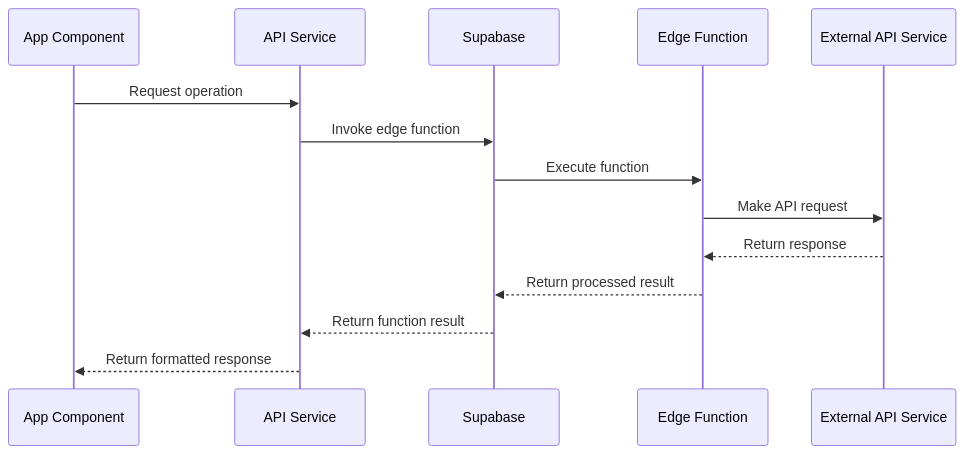
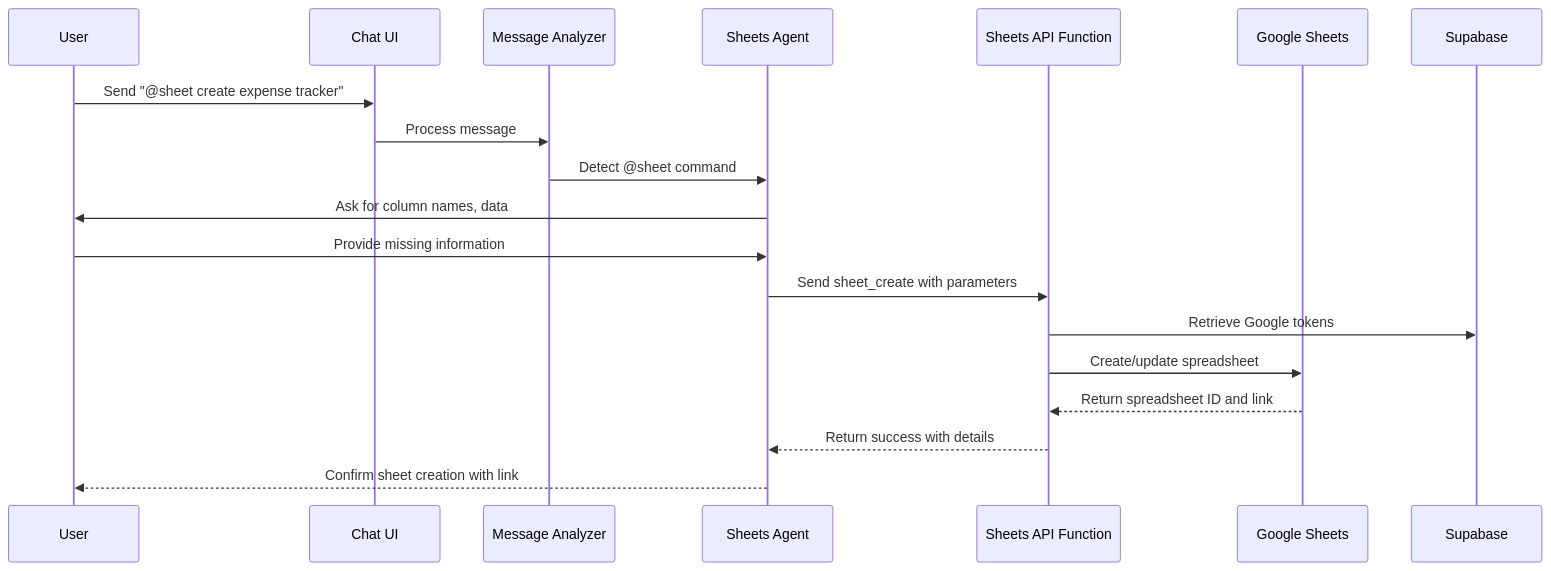
Diagram 13 of 14 in src/docs/TechnicalWorkflow.md (nolabru/super-intellect-companion-ai-03), drawn with Mermaid before and after one commit. The commit also changed other lines of this file and 2 other files, not shown here.

First line of the commit message:
feat: Implement Google Workspace integration

````diff
--- a/src/docs/TechnicalWorkflow.md
+++ b/src/docs/TechnicalWorkflow.md
@@ -265,19 +322,21 @@
 ```mermaid
 sequenceDiagram
-    participant AppComponent as App Component
-    participant ApiService as API Service
-    participant Supabase
-    participant EdgeFunction as Edge Function
-    participant ExternalAPI as External API Service
+    participant User
+    participant ChatUI as Chat UI
+    participant Analyzer as Message Analyzer
+    participant SheetsAgent as Sheets Agent
+    participant EdgeFunction as Sheets API Function
+    participant GSheets as Google Sheets
 
-    AppComponent->>ApiService: Request operation
-    ApiService->>Supabase: Invoke edge function
-    Supabase->>EdgeFunction: Execute function
-    
-    EdgeFunction->>ExternalAPI: Make API request
-    ExternalAPI-->>EdgeFunction: Return response
-    
-    EdgeFunction-->>Supabase: Return processed result
-    Supabase-->>ApiService: Return function result
-    ApiService-->>AppComponent: Return formatted response
+    User->>ChatUI: Send "@sheet create expense tracker"
+    ChatUI->>Analyzer: Process message
+    Analyzer->>SheetsAgent: Detect @sheet command
+    SheetsAgent->>User: Ask for column names, data
+    User->>SheetsAgent: Provide missing information
+    SheetsAgent->>EdgeFunction: Send sheet_create with parameters
+    EdgeFunction->>Supabase: Retrieve Google tokens
+    EdgeFunction->>GSheets: Create/update spreadsheet
+    GSheets-->>EdgeFunction: Return spreadsheet ID and link
+    EdgeFunction-->>SheetsAgent: Return success with details
+    SheetsAgent-->>User: Confirm sheet creation with link
 ```
````
